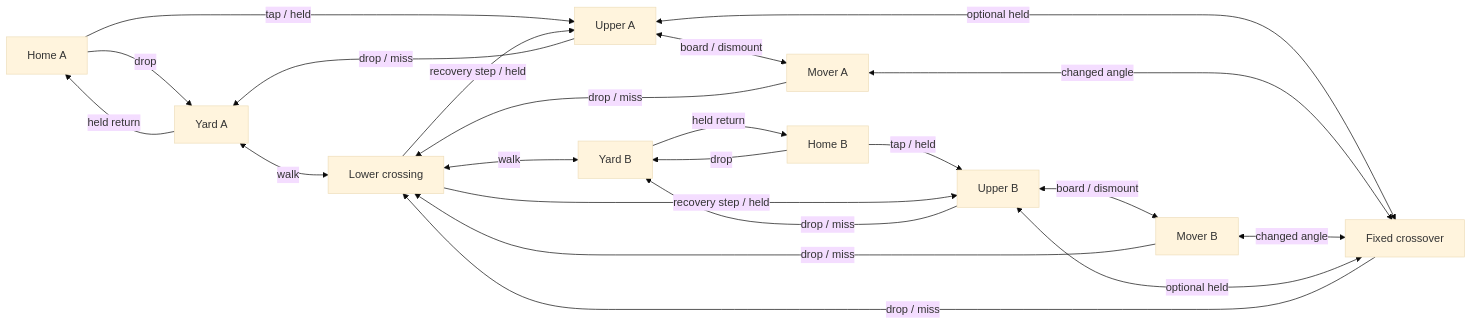
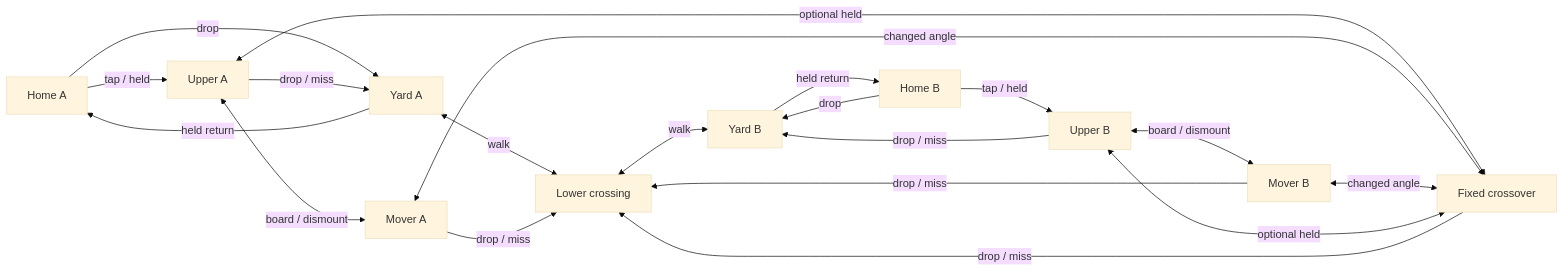
The diagram in docs/polish-turbulence.md (matt439/ColourWars), drawn with Mermaid (base theme) before and after one commit. The commit also changed other lines of this file and 17 other files, not shown here.

````diff
--- a/docs/polish-turbulence.md
+++ b/docs/polish-turbulence.md
@@ -45,24 +48,22 @@
 ```mermaid
 flowchart LR
     HA[Home A] -->|drop| YA[Yard A]
     HB[Home B] -->|drop| YB[Yard B]
     YA <-->|walk| LC[Lower crossing]
     LC <-->|walk| YB
     YA -->|held return| HA
     YB -->|held return| HB
     HA -->|tap / held| UA[Upper A]
     HB -->|tap / held| UB[Upper B]
     UA <-->|optional held| XC[Fixed crossover]
     XC <-->|optional held| UB
     UA <-->|board / dismount| MA[Mover A]
     MA <-->|changed angle| XC
     UB <-->|board / dismount| MB[Mover B]
     MB <-->|changed angle| XC
     UA -->|drop / miss| YA
     UB -->|drop / miss| YB
     XC -->|drop / miss| LC
     MA -->|drop / miss| LC
     MB -->|drop / miss| LC
-    LC -->|recovery step / held| UA
-    LC -->|recovery step / held| UB
 ```
````
